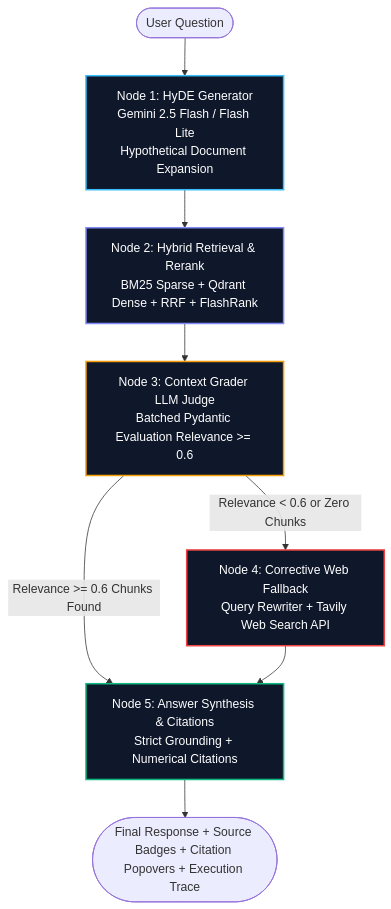
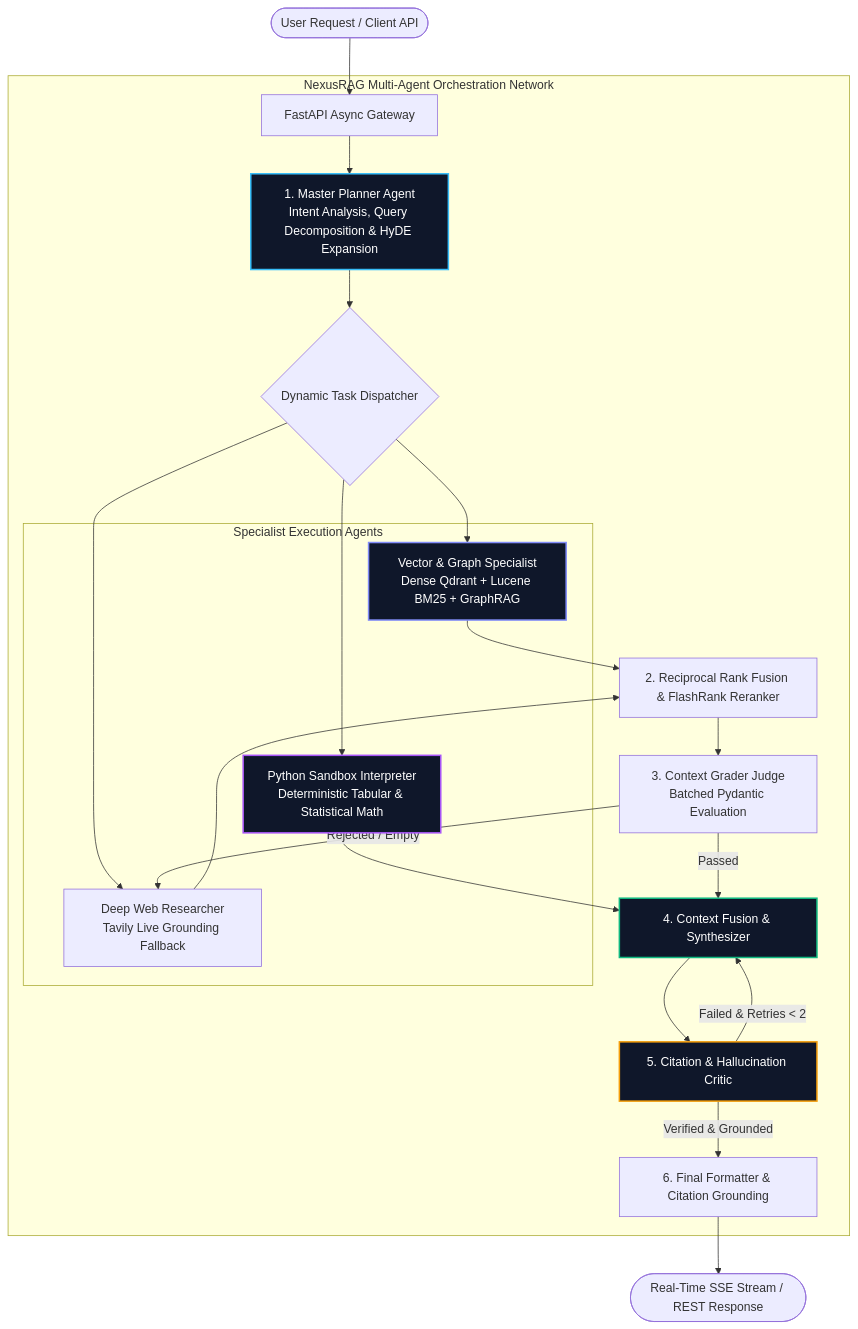
The first of 3 diagrams in README.md (sounakss7/agentic-rag-engine), drawn with Mermaid before and after one commit. The commit also changed other lines of this file and 27 other files, not shown here.

Commit message:
feat(nexus): rebuild platform into NexusRAG autonomous Graph-RAG engine with FastAPI, multi-agent planner, code sandbox, and layout-aware ingestion

````diff
--- a/README.md
+++ b/README.md
@@ -125,18 +93,40 @@
 ```mermaid
 flowchart TD
-    Start([User Question]) --> Node1[Node 1: HyDE Generator\nGemini 2.5 Flash / Flash Lite\nHypothetical Document Expansion]
-    Node1 --> Node2[Node 2: Hybrid Retrieval & Rerank\nBM25 Sparse + Qdrant Dense + RRF + FlashRank]
-    Node2 --> Node3[Node 3: Context Grader LLM Judge\nBatched Pydantic Evaluation Relevance >= 0.6]
+    User([User Request / Client API]) --> Gateway[FastAPI Async Gateway]
     
-    Node3 -->|Relevance >= 0.6 Chunks Found| Node5[Node 5: Answer Synthesis & Citations\nStrict Grounding + Numerical Citations]
-    Node3 -->|Relevance < 0.6 or Zero Chunks| Node4[Node 4: Corrective Web Fallback\nQuery Rewriter + Tavily Web Search API]
-    Node4 --> Node5
+    subgraph MultiAgentEngine [NexusRAG Multi-Agent Orchestration Network]
+        Gateway --> Planner[1. Master Planner Agent\nIntent Analysis, Query Decomposition & HyDE Expansion]
+        Planner --> Dispatcher{Dynamic Task Dispatcher}
+        
+        subgraph ParallelSpecialists [Specialist Execution Agents]
+            VecGraphAgent[Vector & Graph Specialist\nDense Qdrant + Lucene BM25 + GraphRAG]
+            WebAgent[Deep Web Researcher\nTavily Live Grounding Fallback]
+            CodeAgent[Python Sandbox Interpreter\nDeterministic Tabular & Statistical Math]
+        end
+        
+        Dispatcher --> VecGraphAgent
+        Dispatcher --> WebAgent
+        Dispatcher --> CodeAgent
+        
+        VecGraphAgent --> Fusion[2. Reciprocal Rank Fusion & FlashRank Reranker]
+        WebAgent --> Fusion
+        
+        Fusion --> Grader[3. Context Grader Judge\nBatched Pydantic Evaluation]
+        Grader -->|Passed| Synthesizer[4. Context Fusion & Synthesizer]
+        Grader -->|Rejected / Empty| WebAgent
+        
+        CodeAgent --> Synthesizer
+        
+        Synthesizer --> Critic[5. Citation & Hallucination Critic]
+        Critic -->|Failed & Retries < 2| Synthesizer
+        Critic -->|Verified & Grounded| ResponseFormatter[6. Final Formatter & Citation Grounding]
+    end
     
-    Node5 --> End([Final Response + Source Badges + Citation Popovers + Execution Trace])
+    ResponseFormatter --> SSE([Real-Time SSE Stream / REST Response])
 
-    style Node1 fill:#0f172a,stroke:#38bdf8,stroke-width:2px,color:#fff
-    style Node2 fill:#0f172a,stroke:#818cf8,stroke-width:2px,color:#fff
-    style Node3 fill:#0f172a,stroke:#f59e0b,stroke-width:2px,color:#fff
-    style Node4 fill:#0f172a,stroke:#ef4444,stroke-width:2px,color:#fff
-    style Node5 fill:#0f172a,stroke:#10b981,stroke-width:2px,color:#fff
+    style Planner fill:#0f172a,stroke:#38bdf8,stroke-width:2px,color:#fff
+    style VecGraphAgent fill:#0f172a,stroke:#818cf8,stroke-width:2px,color:#fff
+    style CodeAgent fill:#0f172a,stroke:#a855f7,stroke-width:2px,color:#fff
+    style Synthesizer fill:#0f172a,stroke:#10b981,stroke-width:2px,color:#fff
+    style Critic fill:#0f172a,stroke:#f59e0b,stroke-width:2px,color:#fff
 ```
````
